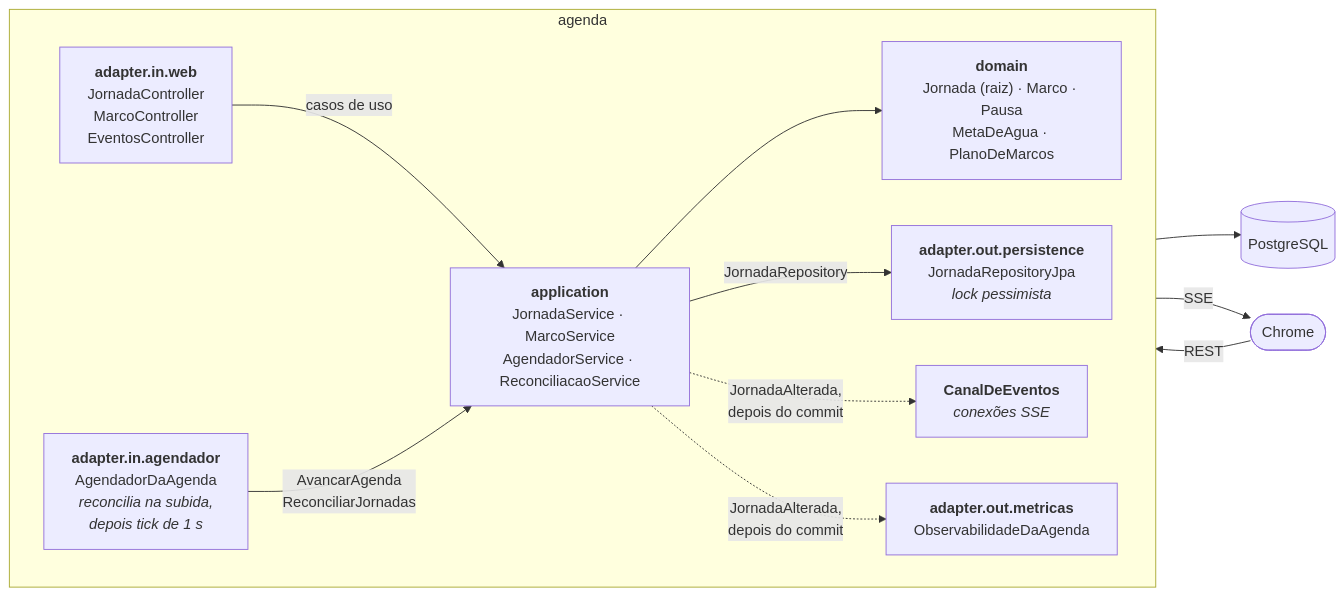
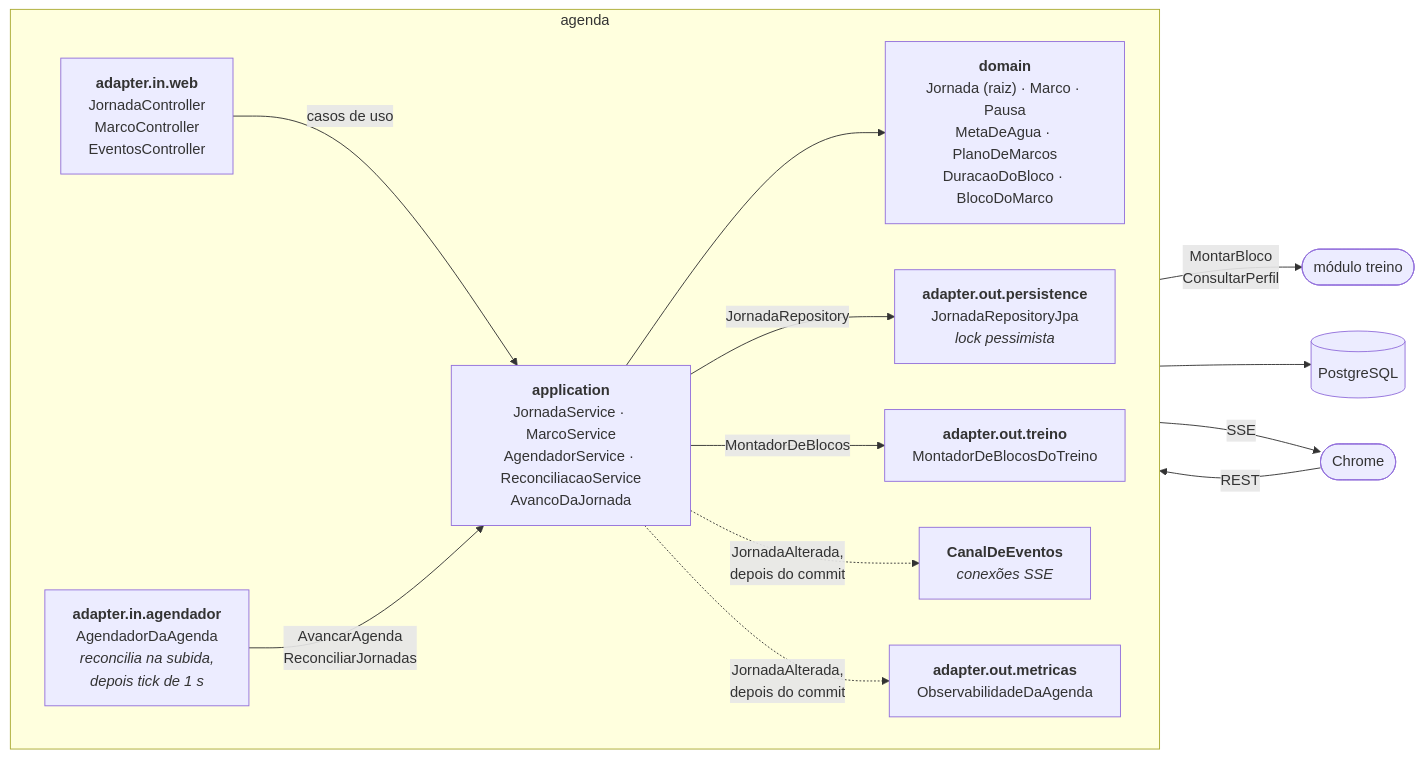
Before and after one commit to lincolnnaraujo/pausa-ativa: the third of 4 diagrams in docs/arquitetura/c4-3-componentes.md, drawn with Mermaid. The commit also changed other lines of this file and 12 other files, not shown here.

````diff
--- a/docs/arquitetura/c4-3-componentes.md
+++ b/docs/arquitetura/c4-3-componentes.md
@@ -72,23 +72,26 @@
 ```mermaid
 flowchart LR
     TELA(["Chrome"])
     subgraph agenda["agenda"]
         direction LR
         WEB["<b>adapter.in.web</b><br/>JornadaController<br/>MarcoController<br/>EventosController"]
         AGD["<b>adapter.in.agendador</b><br/>AgendadorDaAgenda<br/><i>reconcilia na subida,<br/>depois tick de 1 s</i>"]
-        APP["<b>application</b><br/>JornadaService · MarcoService<br/>AgendadorService · ReconciliacaoService"]
-        DOM["<b>domain</b><br/>Jornada (raiz) · Marco · Pausa<br/>MetaDeAgua · PlanoDeMarcos"]
+        APP["<b>application</b><br/>JornadaService · MarcoService<br/>AgendadorService · ReconciliacaoService<br/>AvancoDaJornada"]
+        DOM["<b>domain</b><br/>Jornada (raiz) · Marco · Pausa<br/>MetaDeAgua · PlanoDeMarcos<br/>DuracaoDoBloco · BlocoDoMarco"]
         PER["<b>adapter.out.persistence</b><br/>JornadaRepositoryJpa<br/><i>lock pessimista</i>"]
+        TRE["<b>adapter.out.treino</b><br/>MontadorDeBlocosDoTreino"]
         SSE["<b>CanalDeEventos</b><br/><i>conexões SSE</i>"]
         MET["<b>adapter.out.metricas</b><br/>ObservabilidadeDaAgenda"]
     end
     TELA -->|"REST"| WEB
     WEB -->|"casos de uso"| APP
     AGD -->|"AvancarAgenda<br/>ReconciliarJornadas"| APP
     APP --> DOM
     APP -->|"JornadaRepository"| PER
+    APP -->|"MontadorDeBlocos"| TRE
+    TRE -->|"MontarBloco<br/>ConsultarPerfil"| TREINO(["módulo treino"])
     PER --> DB[("PostgreSQL")]
     APP -.->|"JornadaAlterada,<br/>depois do commit"| SSE
     APP -.->|"JornadaAlterada,<br/>depois do commit"| MET
     SSE -->|"SSE"| TELA
 ```
````
